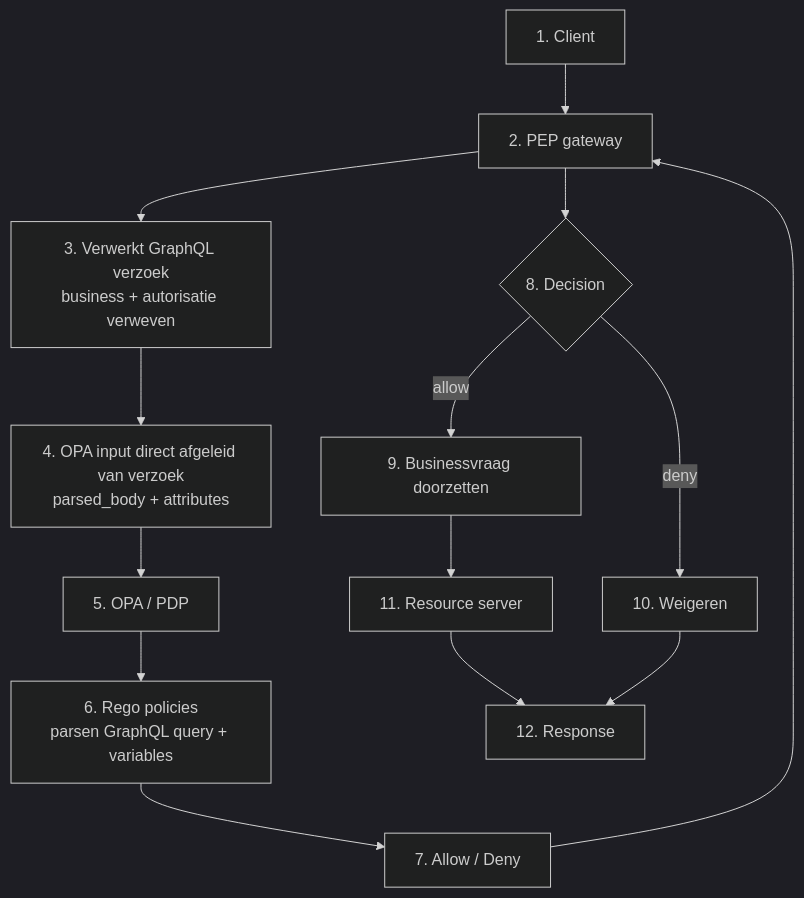
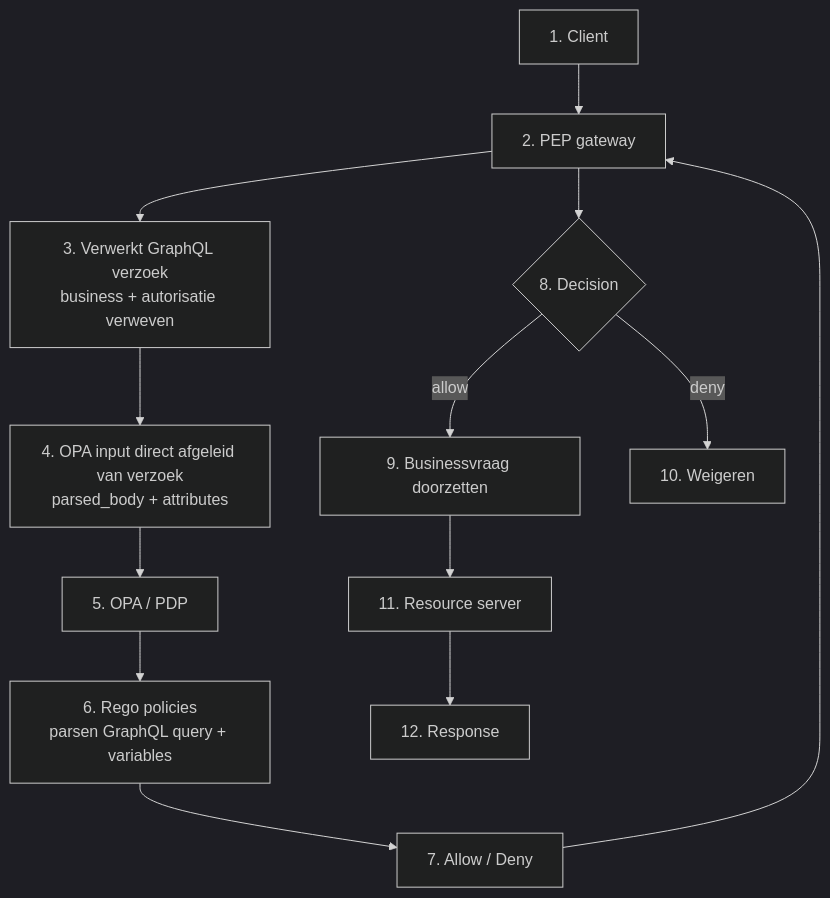
Before and after one commit to iStandaarden/iWlz-RequestForComment: the second of 3 diagrams in RFC/RFC0052 - Autorisatie standaardisatie.md, drawn with Mermaid (dark theme). The commit also changed other lines of this file, not shown here.

````diff
--- a/RFC/RFC0052 - Autorisatie standaardisatie.md
+++ b/RFC/RFC0052 - Autorisatie standaardisatie.md
@@ -101,22 +105,21 @@
 ```mermaid
 flowchart TD
 A[1. Client] --> B[2. PEP gateway]
 
 B --> C[3. Verwerkt GraphQL verzoek<br/>business + autorisatie verweven]
 
 C --> D[4. OPA input direct afgeleid van verzoek<br/>parsed_body + attributes]
 
 D --> E[5. OPA / PDP]
 E --> F[6. Rego policies<br/>parsen GraphQL query + variables]
 
 F --> G[7. Allow / Deny]
 
 G --> B
 B --> H{8. Decision}
 H -->|allow| I[9. Businessvraag doorzetten]
 H -->|deny| J[10. Weigeren]
 
 I --> L[11. Resource server]
 L --> K[12. Response]
-J --> K
 ```
````
